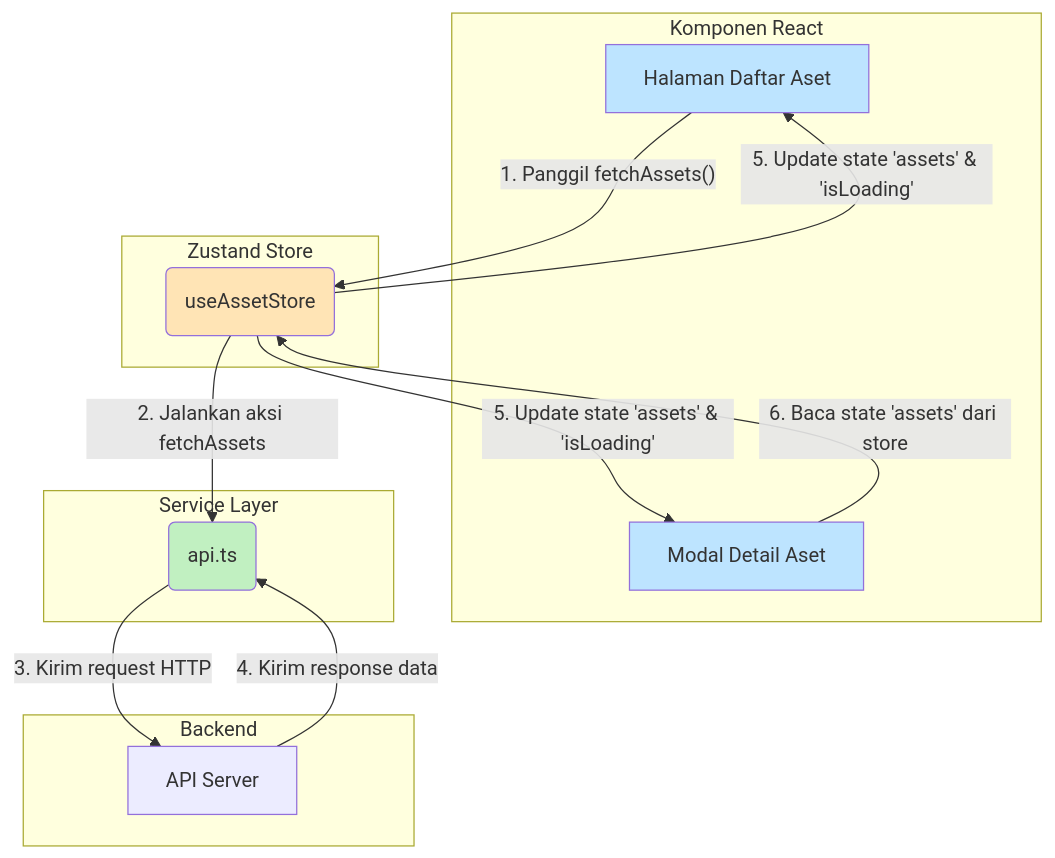
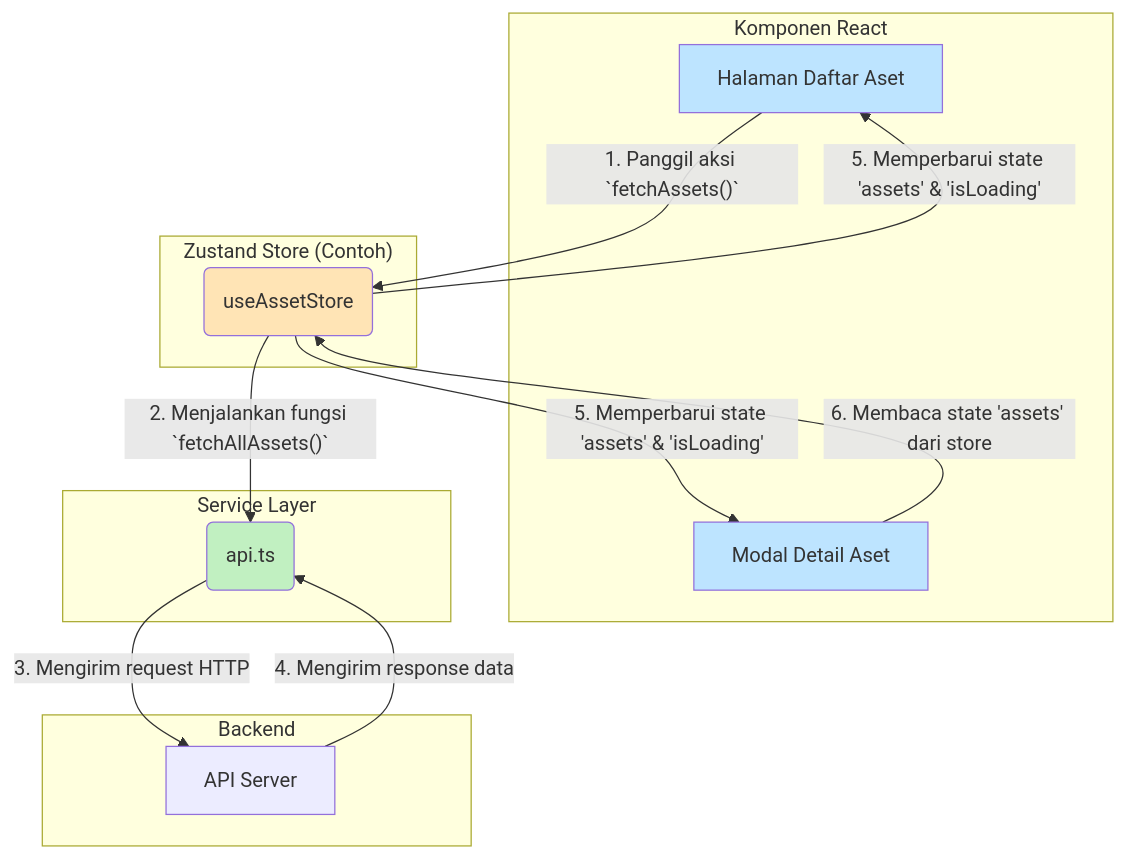
Before and after one commit to Asamaludi26/Inventory: the diagram in Docs/02_DEVELOPMENT_GUIDES/FRONTEND_GUIDE.md, drawn with Mermaid. The commit also changed other lines of this file and 22 other files, not shown here.

First line of the commit message:
docs: Update architectural diagrams and documentation

````diff
--- a/Docs/02_DEVELOPMENT_GUIDES/FRONTEND_GUIDE.md
+++ b/Docs/02_DEVELOPMENT_GUIDES/FRONTEND_GUIDE.md
@@ -88,31 +88,31 @@
 ```mermaid
 graph TD
     subgraph "Komponen React"
         A[Halaman Daftar Aset]
         B[Modal Detail Aset]
     end
 
-    subgraph "Zustand Store"
+    subgraph "Zustand Store (Contoh)"
         C(useAssetStore)
     end
 
     subgraph "Service Layer"
         D(api.ts)
     end
 
     subgraph "Backend"
         E[API Server]
     end
 
-    A -- "1. Panggil fetchAssets()" --> C
-    B -- "6. Baca state 'assets' dari store" --> C
-    C -- "2. Jalankan aksi fetchAssets" --> D
-    C -- "5. Update state 'assets' & 'isLoading'" --> A & B
-    D -- "3. Kirim request HTTP" --> E
-    E -- "4. Kirim response data" --> D
+    A -- "1. Panggil aksi `fetchAssets()`" --> C
+    B -- "6. Membaca state 'assets' dari store" --> C
+    C -- "2. Menjalankan fungsi `fetchAllAssets()`" --> D
+    C -- "5. Memperbarui state 'assets' & 'isLoading'" --> A & B
+    D -- "3. Mengirim request HTTP" --> E
+    E -- "4. Mengirim response data" --> D
 
     style A fill:#bde4ff
     style B fill:#bde4ff
     style C fill:#ffe4b5
     style D fill:#c1f0c1
 ```
````
